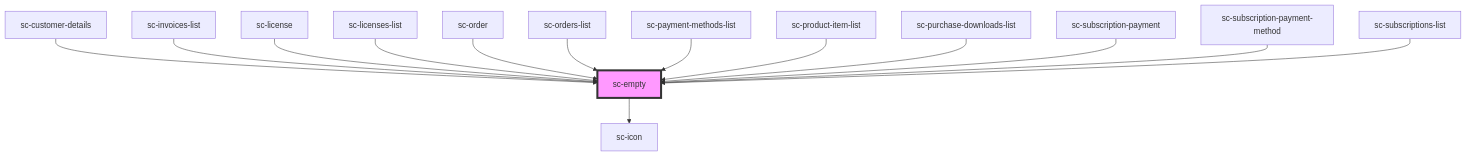
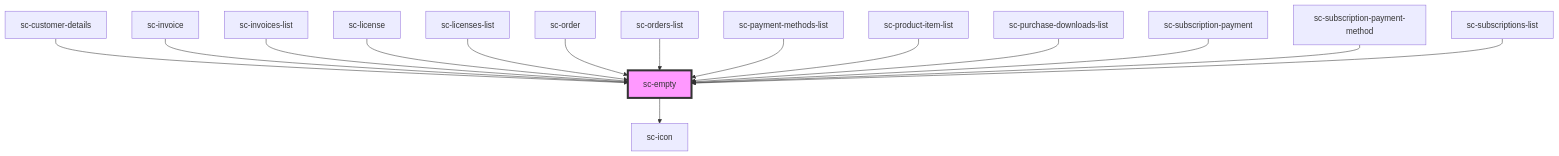
One commit to surecart/surecart-wp-plugin changed the diagram in packages/components/src/components/ui/empty/readme.md. Above: the diagram before and after it, drawn with Mermaid. The commit also changed other lines of this file and 46 other files, not shown here.

````diff
--- a/packages/components/src/components/ui/empty/readme.md
+++ b/packages/components/src/components/ui/empty/readme.md
@@ -45,17 +46,18 @@
 ```mermaid
 graph TD;
   sc-empty --> sc-icon
   sc-customer-details --> sc-empty
+  sc-invoice --> sc-empty
   sc-invoices-list --> sc-empty
   sc-license --> sc-empty
   sc-licenses-list --> sc-empty
   sc-order --> sc-empty
   sc-orders-list --> sc-empty
   sc-payment-methods-list --> sc-empty
   sc-product-item-list --> sc-empty
   sc-purchase-downloads-list --> sc-empty
   sc-subscription-payment --> sc-empty
   sc-subscription-payment-method --> sc-empty
   sc-subscriptions-list --> sc-empty
   style sc-empty fill:#f9f,stroke:#333,stroke-width:4px
 ```
````
